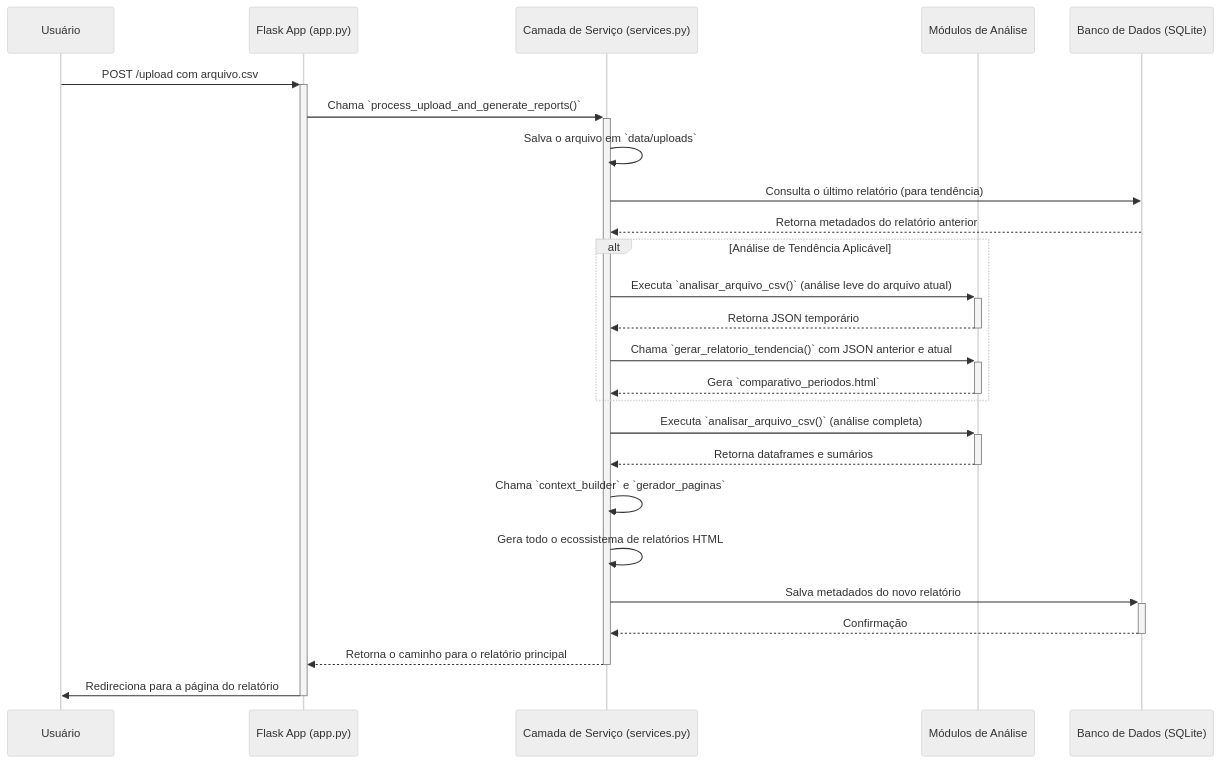
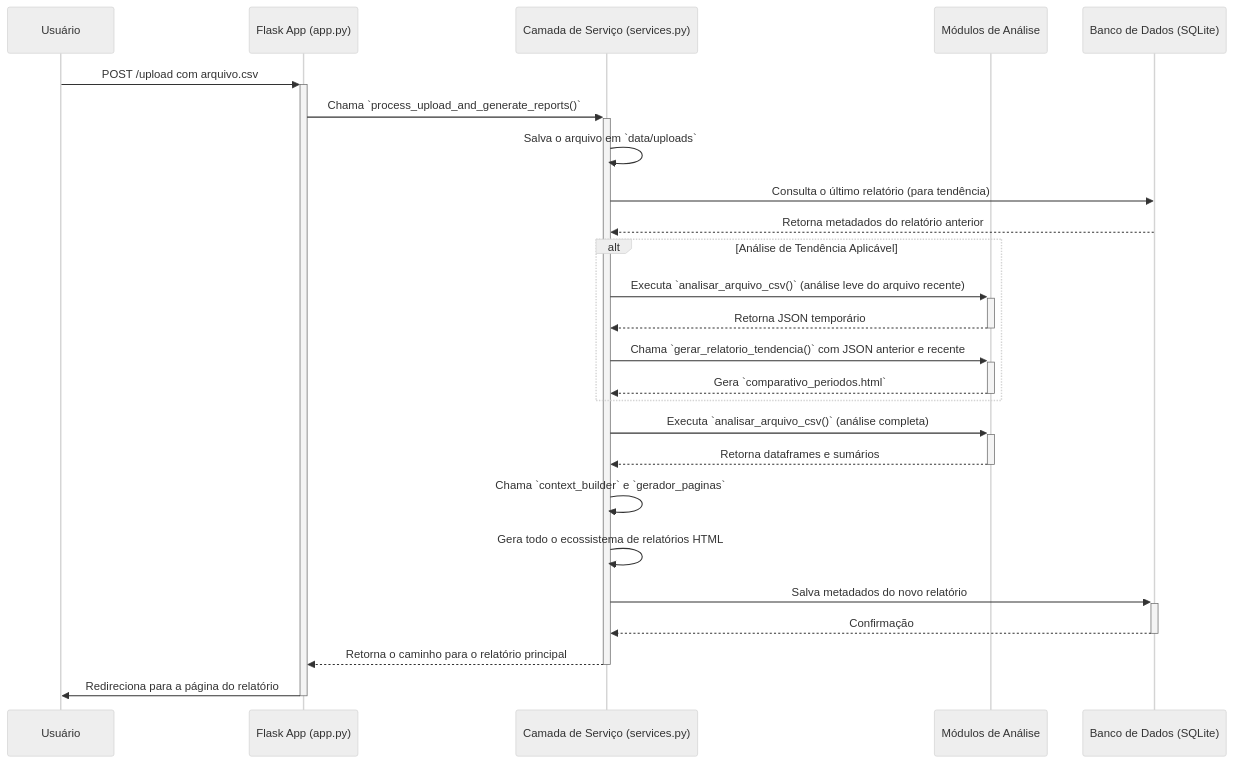
The second of 2 diagrams in ARCHITECTURE.md (leonardosete/meu-dash), drawn with Mermaid (neutral theme) before and after one commit. The commit also changed other lines of this file and 15 other files, not shown here.

````diff
--- a/ARCHITECTURE.md
+++ b/ARCHITECTURE.md
@@ -75,32 +75,32 @@
 ```mermaid
 sequenceDiagram
     participant User as Usuário
     participant App as Flask App (app.py)
     participant Service as Camada de Serviço (services.py)
     participant Analysis as Módulos de Análise
     participant DB as Banco de Dados (SQLite)
 
     User->>+App: POST /upload com arquivo.csv
     App->>+Service: Chama `process_upload_and_generate_reports()`
     Service->>Service: Salva o arquivo em `data/uploads`
     Service->>DB: Consulta o último relatório (para tendência)
     DB-->>Service: Retorna metadados do relatório anterior
     
     alt Análise de Tendência Aplicável
-        Service->>+Analysis: Executa `analisar_arquivo_csv()` (análise leve do arquivo atual)
+        Service->>+Analysis: Executa `analisar_arquivo_csv()` (análise leve do arquivo recente)
         Analysis-->>-Service: Retorna JSON temporário
-        Service->>+Analysis: Chama `gerar_relatorio_tendencia()` com JSON anterior e atual
+        Service->>+Analysis: Chama `gerar_relatorio_tendencia()` com JSON anterior e recente
         Analysis-->>-Service: Gera `comparativo_periodos.html`
     end
 
     Service->>+Analysis: Executa `analisar_arquivo_csv()` (análise completa)
     Analysis-->>-Service: Retorna dataframes e sumários
     Service->>Service: Chama `context_builder` e `gerador_paginas`
     Service->>Service: Gera todo o ecossistema de relatórios HTML
     
     Service->>+DB: Salva metadados do novo relatório
     DB-->>-Service: Confirmação
     
     Service-->>-App: Retorna o caminho para o relatório principal
     App->>-User: Redireciona para a página do relatório
 ```
````
